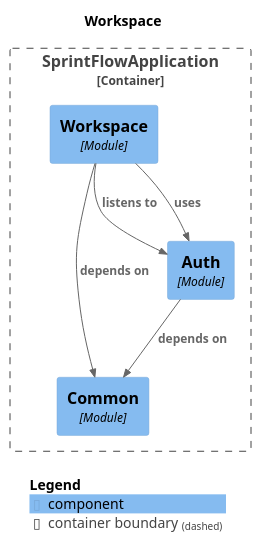
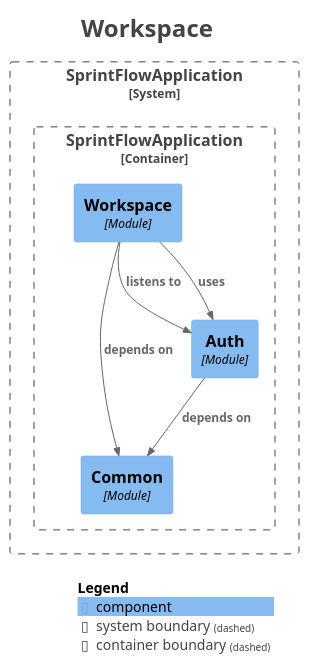
The diagram in docs/architecture/module-workspace.puml (Mouaz7/sprintflow-insight), drawn with PlantUML before and after one commit. The commit also changed 48 other files, not shown here.

```diff
--- a/docs/architecture/module-workspace.puml
+++ b/docs/architecture/module-workspace.puml
@@ -1,23 +1,34 @@
 @startuml
+title <size:24>Workspace</size>
+
 set separator none
-title Workspace
+top to bottom direction
 
-top to bottom direction
+<style>
+  root {
+    BackgroundColor: #ffffff
+    FontColor: #444444
+  }
+</style>
 
 !include <C4/C4>
 !include <C4/C4_Context>
 !include <C4/C4_Component>
 
-Container_Boundary("SprintFlowApplication.SprintFlowApplication_boundary", "SprintFlowApplication", $tags="") {
-  Component(SprintFlowApplication.SprintFlowApplication.Common, "Common", $techn="Module", $descr="", $tags="", $link="")
-  Component(SprintFlowApplication.SprintFlowApplication.Auth, "Auth", $techn="Module", $descr="", $tags="", $link="")
-  Component(SprintFlowApplication.SprintFlowApplication.Workspace, "Workspace", $techn="Module", $descr="", $tags="", $link="")
+System_Boundary("SprintFlowApplication_boundary", "SprintFlowApplication", $tags="") {
+  Container_Boundary("SprintFlowApplication.SprintFlowApplication_boundary", "SprintFlowApplication", $tags="") {
+    Component(SprintFlowApplication.SprintFlowApplication.Common, "Common", $techn="Module", $descr="", $tags="", $link="")
+    Component(SprintFlowApplication.SprintFlowApplication.Auth, "Auth", $techn="Module", $descr="", $tags="", $link="")
+    Component(SprintFlowApplication.SprintFlowApplication.Workspace, "Workspace", $techn="Module", $descr="", $tags="", $link="")
+  }
+
 }
 
-Rel(SprintFlowApplication.SprintFlowApplication.Auth, SprintFlowApplication.SprintFlowApplication.Common, "depends on", $techn="", $tags="", $link="")
 Rel(SprintFlowApplication.SprintFlowApplication.Workspace, SprintFlowApplication.SprintFlowApplication.Auth, "listens to", $techn="", $tags="", $link="")
 Rel(SprintFlowApplication.SprintFlowApplication.Workspace, SprintFlowApplication.SprintFlowApplication.Common, "depends on", $techn="", $tags="", $link="")
 Rel(SprintFlowApplication.SprintFlowApplication.Workspace, SprintFlowApplication.SprintFlowApplication.Auth, "uses", $techn="", $tags="", $link="")
+Rel(SprintFlowApplication.SprintFlowApplication.Auth, SprintFlowApplication.SprintFlowApplication.Common, "depends on", $techn="", $tags="", $link="")
 
 SHOW_LEGEND(true)
+hide stereotypes
 @enduml
```
